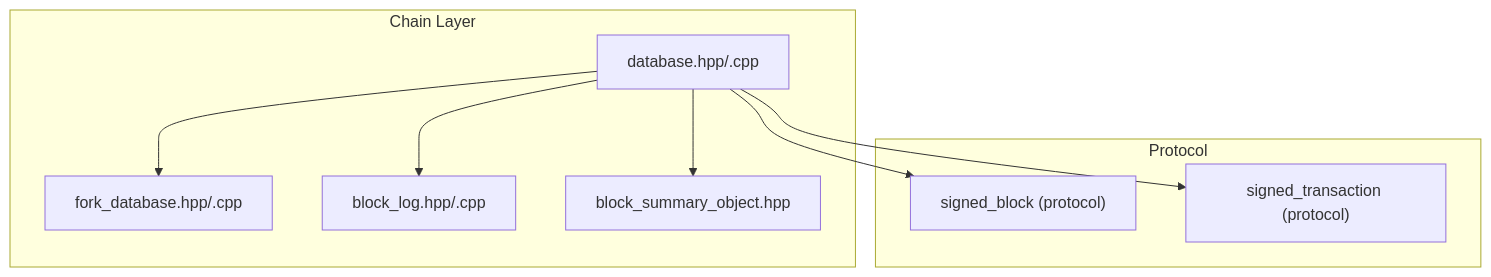
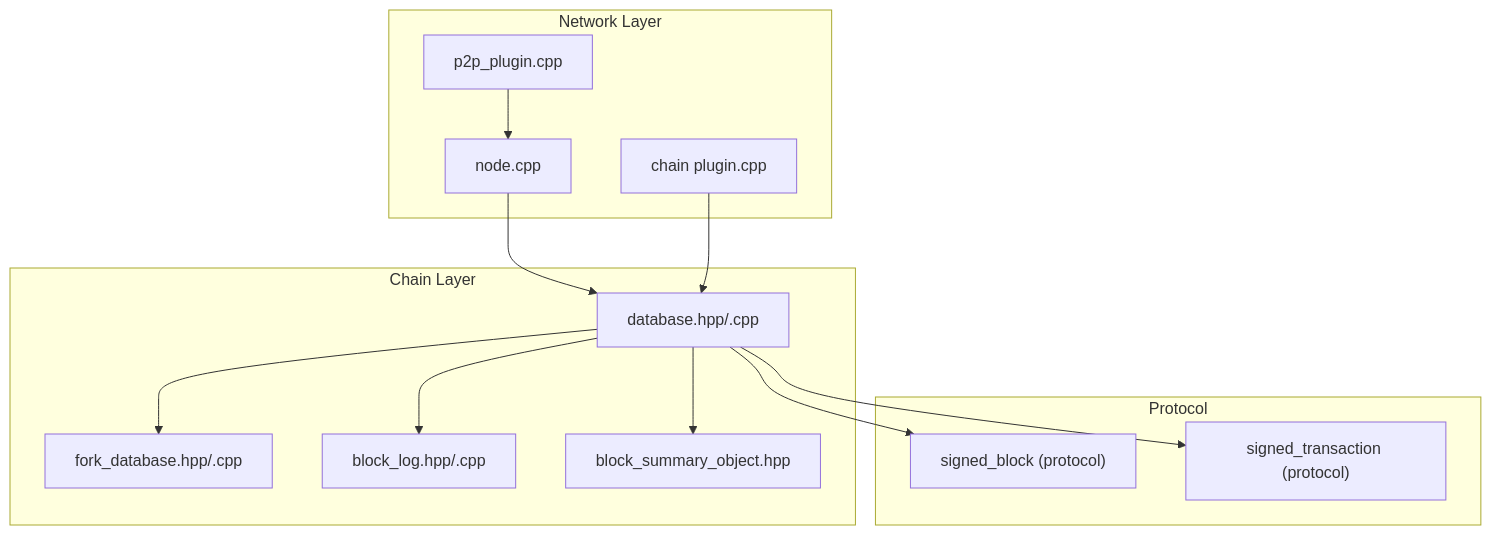
Before and after one commit to VIZ-Blockchain/viz-cpp-node: the first of 11 diagrams in .qoder/repowiki/en/content/Architecture Overview/Core Libraries/Chain Library/Block Processing and Validation.md, drawn with Mermaid. The commit also changed other lines of this file and 4 other files, not shown here.

````diff
--- a/.qoder/repowiki/en/content/Architecture Overview/Core Libraries/Chain Library/Block Processing and Validation.md
+++ b/.qoder/repowiki/en/content/Architecture Overview/Core Libraries/Chain Library/Block Processing and Validation.md
@@ -49,18 +55,26 @@
 ```mermaid
 graph TB
 subgraph "Chain Layer"
 DB["database.hpp/.cpp"]
 FD["fork_database.hpp/.cpp"]
 BL["block_log.hpp/.cpp"]
 BS["block_summary_object.hpp"]
+end
+subgraph "Network Layer"
+NET["node.cpp"]
+P2P["p2p_plugin.cpp"]
+CHAIN["chain plugin.cpp"]
 end
 subgraph "Protocol"
 PB["signed_block (protocol)"]
 TX["signed_transaction (protocol)"]
 end
 DB --> FD
 DB --> BL
 DB --> BS
 DB --> PB
 DB --> TX
+NET --> DB
+P2P --> NET
+CHAIN --> DB
 ```
````
